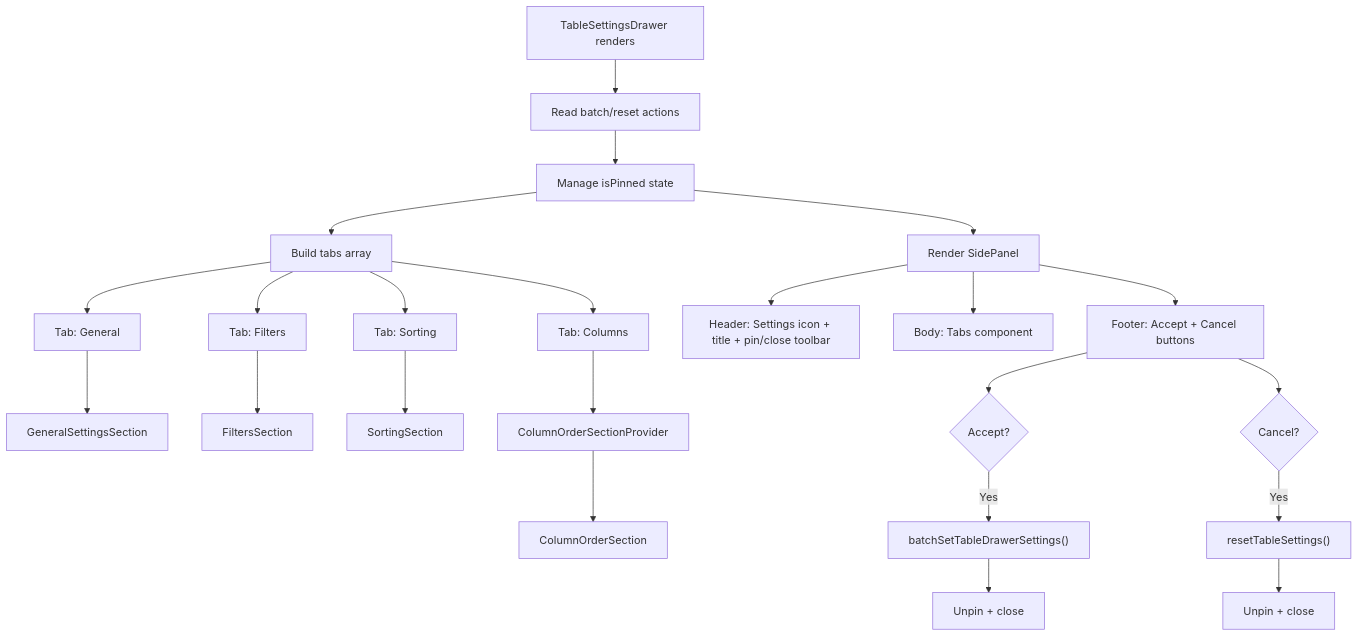
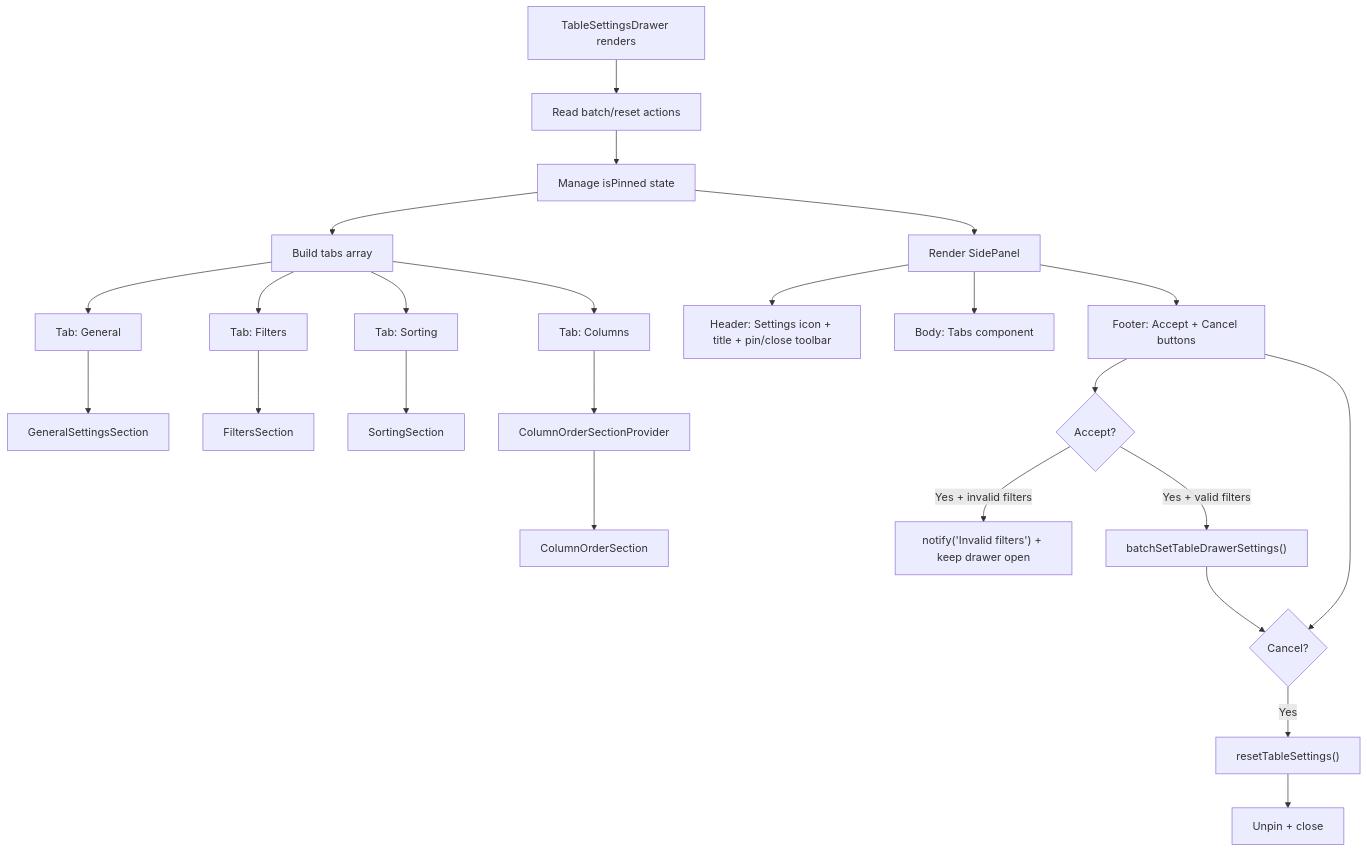
Before and after one commit to luciocabrera/lcabrera-stack: the second of 3 diagrams in apps/react-router/src/components/Table/TableSettingsDrawer/ARCHITECTURE.md, drawn with Mermaid. The commit also changed 24 other files, not shown here.

````diff
--- a/apps/react-router/src/components/Table/TableSettingsDrawer/ARCHITECTURE.md
+++ b/apps/react-router/src/components/Table/TableSettingsDrawer/ARCHITECTURE.md
@@ -122,31 +122,32 @@
 ```mermaid
 graph TD
   A["TableSettingsDrawer renders"] --> B["Read batch/reset actions"]
   B --> C["Manage isPinned state"]
   C --> D["Build tabs array"]
 
   D --> E["Tab: General"]
   E --> F["GeneralSettingsSection"]
 
   D --> G["Tab: Filters"]
   G --> H["FiltersSection"]
 
   D --> I["Tab: Sorting"]
   I --> J["SortingSection"]
 
   D --> K["Tab: Columns"]
   K --> L["ColumnOrderSectionProvider"]
   L --> M["ColumnOrderSection"]
 
   C --> N["Render SidePanel"]
   N --> O["Header: Settings icon + title + pin/close toolbar"]
   N --> P["Body: Tabs component"]
   N --> Q["Footer: Accept + Cancel buttons"]
 
   Q --> R{"Accept?"}
-  R -->|Yes| S["batchSetTableDrawerSettings()"]
-  S --> T["Unpin + close"]
+  R -->|Yes + invalid filters| S["notify('Invalid filters') + keep drawer open"]
+  R -->|Yes + valid filters| T["batchSetTableDrawerSettings()"]
+  T --> U["Unpin + close"]
   Q --> U{"Cancel?"}
   U -->|Yes| V["resetTableSettings()"]
   V --> W["Unpin + close"]
 ```
````
